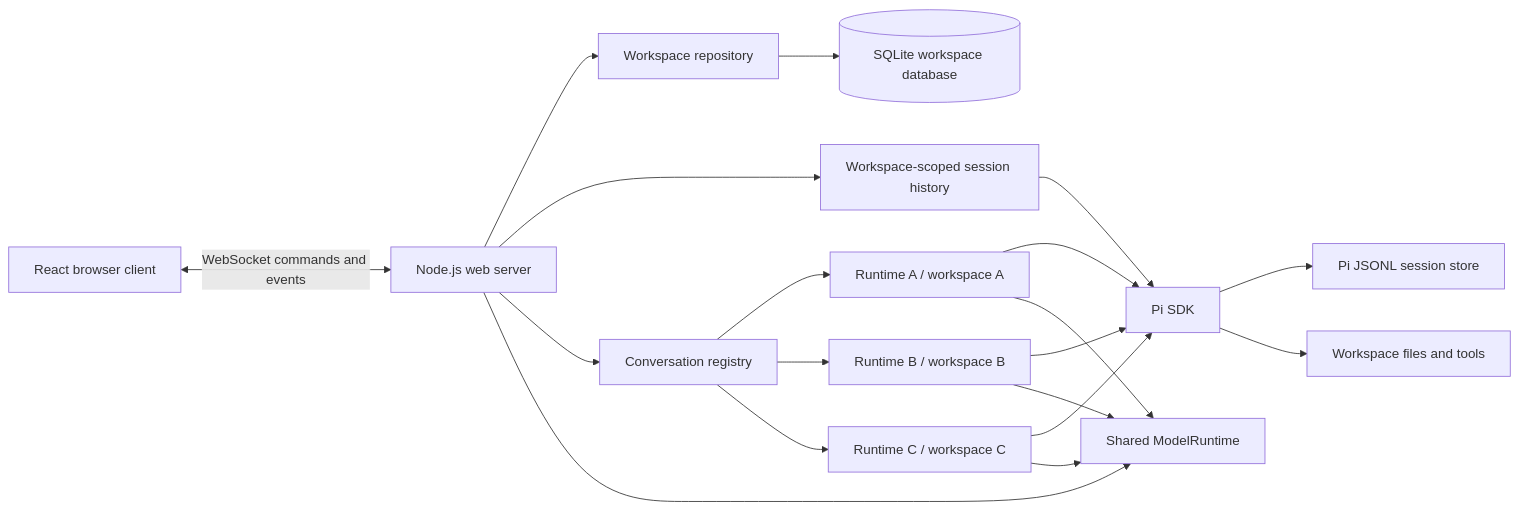
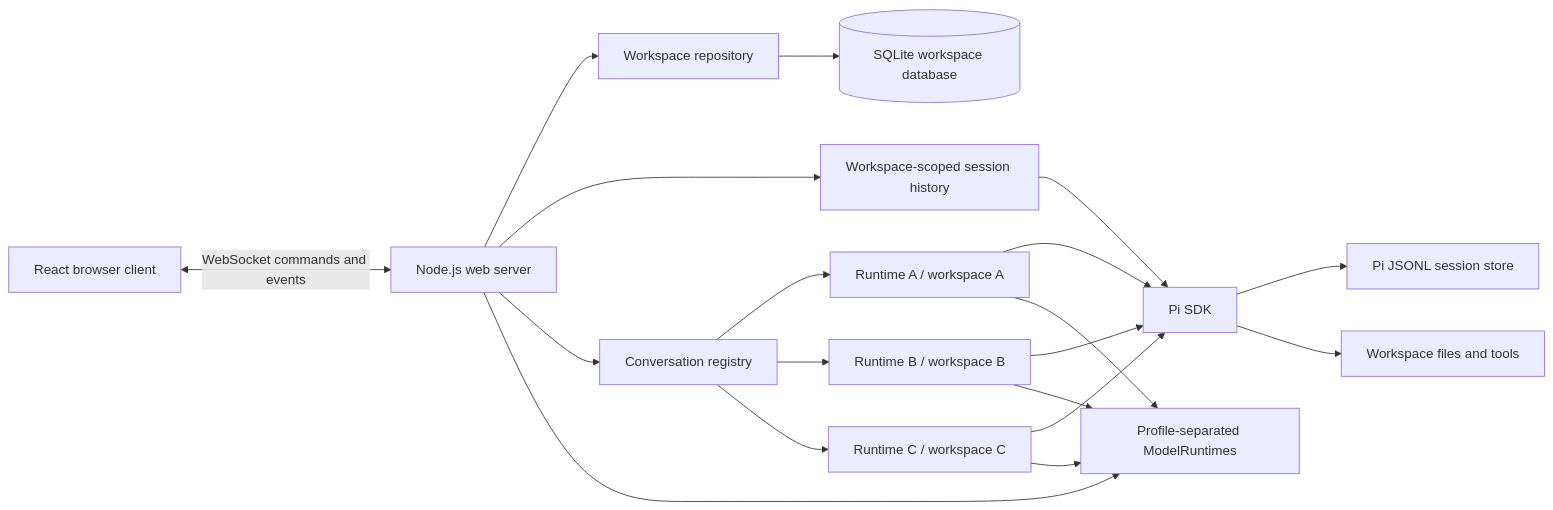
Before and after one commit to awithy/chatwca: the first of 3 diagrams in docs/design.md, drawn with Mermaid. The commit also changed other lines of this file and 17 other files, not shown here.

````diff
--- a/docs/design.md
+++ b/docs/design.md
@@ -89,21 +85,21 @@
 ```mermaid
 flowchart LR
     B[React browser client] <-->|WebSocket commands and events| W[Node.js web server]
     W --> WR[Workspace repository]
     WR --> DB[(SQLite workspace database)]
     W --> H[Workspace-scoped session history]
     H --> P[Pi SDK]
     W --> R[Conversation registry]
     R --> A[Runtime A / workspace A]
     R --> C[Runtime B / workspace B]
     R --> D[Runtime C / workspace C]
     A --> P
     C --> P
     D --> P
     P --> S[Pi JSONL session store]
     P --> F[Workspace files and tools]
-    W --> M[Shared ModelRuntime]
+    W --> M[Profile-separated ModelRuntimes]
     A --> M
     C --> M
     D --> M
 ```
````
